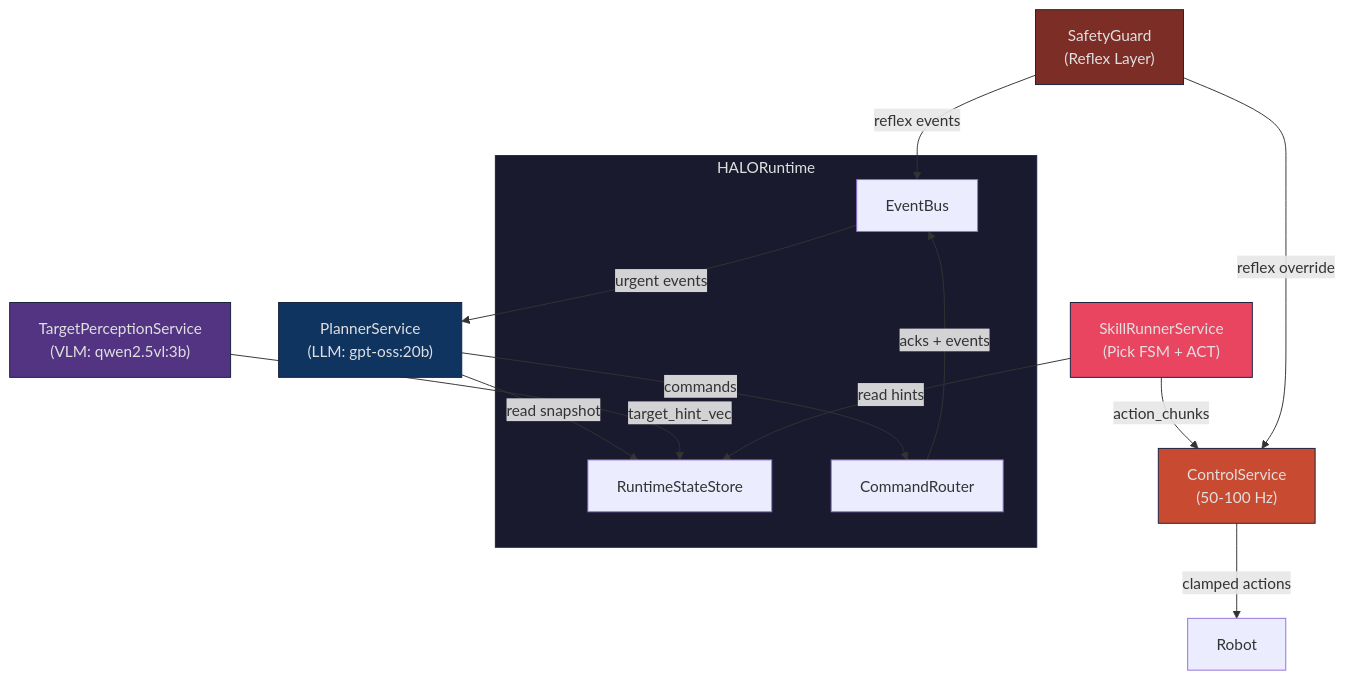
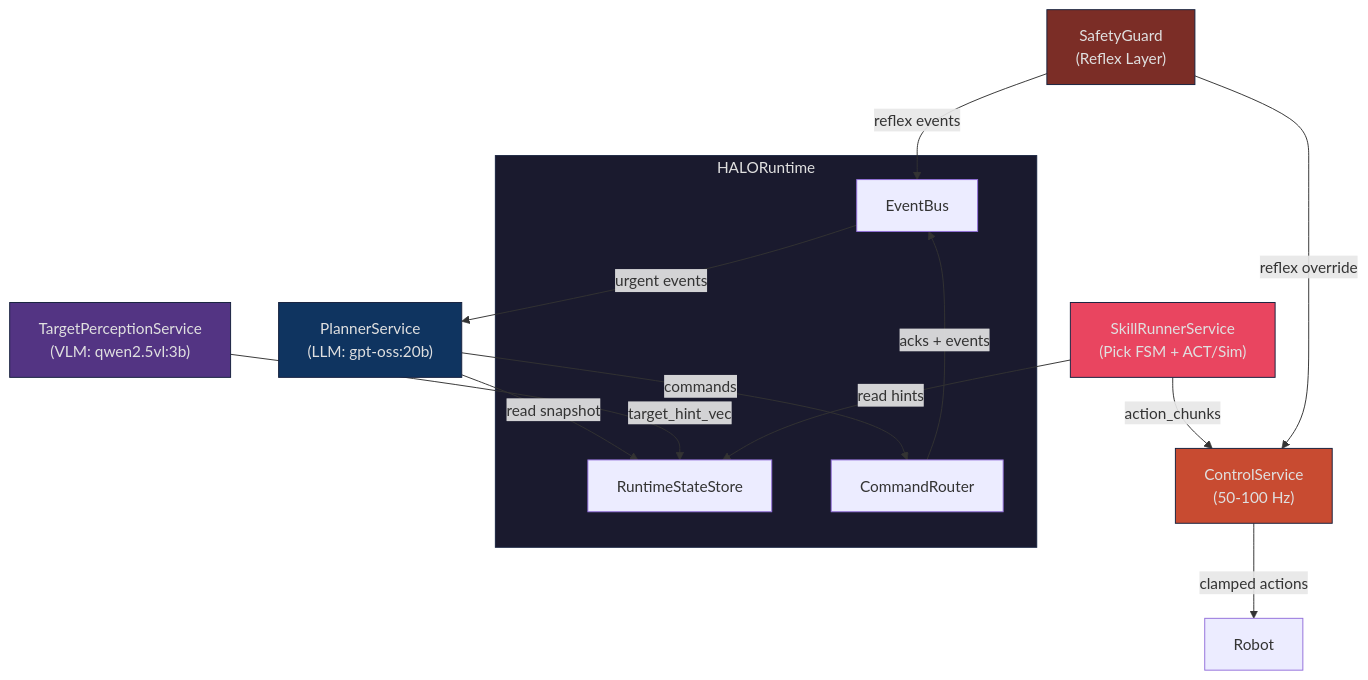
One commit to andrei-ace/HALO changed the first of 10 diagrams in docs/README.md. Above: the diagram before and after it, drawn with Mermaid. The commit also changed other lines of this file and 2 other files, not shown here.

First line of the commit message:
docs: update documentation for autonomous SimServer, held-object state, and normalised coordinates

````diff
--- a/docs/README.md
+++ b/docs/README.md
@@ -21,33 +21,33 @@
 ```mermaid
 graph TB
     subgraph Runtime["HALORuntime"]
         SS["RuntimeStateStore"]
         EB["EventBus"]
         CR["CommandRouter"]
     end
 
     PS["PlannerService\n(LLM: gpt-oss:20b)"]
     TPS["TargetPerceptionService\n(VLM: qwen2.5vl:3b)"]
-    SRS["SkillRunnerService\n(Pick FSM + ACT)"]
+    SRS["SkillRunnerService\n(Pick FSM + ACT/Sim)"]
     CS["ControlService\n(50-100 Hz)"]
     SG["SafetyGuard\n(Reflex Layer)"]
 
     PS -->|commands| CR
     CR -->|acks + events| EB
     PS -->|read snapshot| SS
 
     TPS -->|target_hint_vec| SS
     SRS -->|action_chunks| CS
     SRS -->|read hints| SS
     CS -->|clamped actions| Robot["Robot"]
     SG -->|reflex override| CS
     SG -->|reflex events| EB
     EB -->|urgent events| PS
 
     style Runtime fill:#1a1a2e,stroke:#16213e,color:#e0e0e0
     style PS fill:#0f3460,stroke:#16213e,color:#e0e0e0
     style TPS fill:#533483,stroke:#16213e,color:#e0e0e0
     style SRS fill:#e94560,stroke:#16213e,color:#e0e0e0
     style CS fill:#c84b31,stroke:#16213e,color:#e0e0e0
     style SG fill:#7b2d26,stroke:#16213e,color:#e0e0e0
 ```
````
